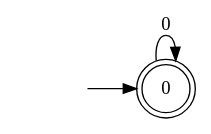
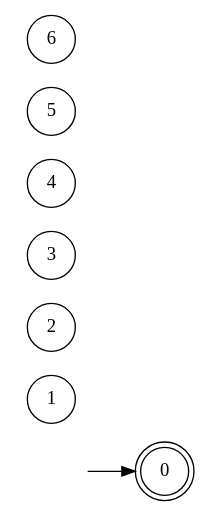
One commit to Umato/computer_practices changed the diagram in NFA/NFA.gv. Above: the diagram before and after it, drawn with Graphviz. The commit also changed 5 other files, not shown here.

```diff
--- a/NFA/NFA.gv
+++ b/NFA/NFA.gv
@@ -1,8 +1,14 @@
-digraph finite_state_machine{
+digraph finite_state_machine {
 	rankdir=LR;
 	node [shape = doublecircle]; 0;
 	node [shape = circle];
 	init [shape=none, label=""];
 	init -> 0;
-	0 -> 0 [label = "0"];
+	0 [label="0"];
+	1 [label="1"];
+	2 [label="2"];
+	3 [label="3"];
+	4 [label="4"];
+	5 [label="5"];
+	6 [label="6"];
 }
```
